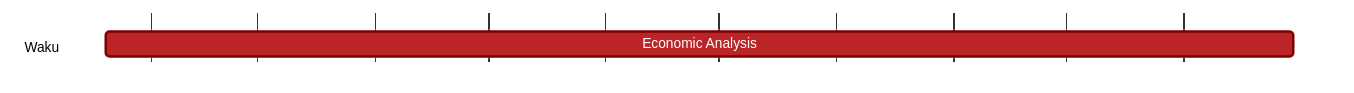
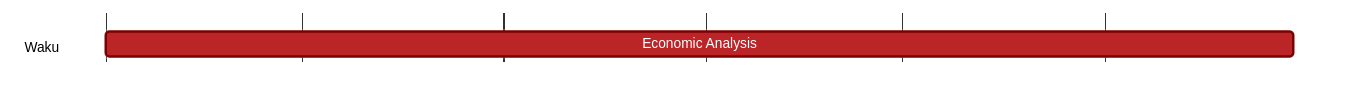
The diagram in content/roadmap/vac/tke/waku/economic-analysis.md (logos-co/roadmap), drawn with Mermaid before and after one commit. The commit also changed other lines of this file and 5 other files, not shown here.

````diff
--- a/content/roadmap/vac/tke/waku/economic-analysis.md
+++ b/content/roadmap/vac/tke/waku/economic-analysis.md
@@ -7,19 +7,19 @@
 ```mermaid
 %%{ 
   init: { 
     'theme': 'base', 
     'themeVariables': { 
       'primaryColor': '#BB2528', 
       'primaryTextColor': '#fff', 
       'primaryBorderColor': '#7C0000', 
       'lineColor': '#F8B229', 
       'secondaryColor': '#006100', 
       'tertiaryColor': '#fff' 
     } 
   } 
 }%%
 gantt
 	dateFormat YYYY-MM-DD 
 	section Waku
-		Economic Analysis :, 2023-01-20, 2023-11-30
+		Economic Analysis :, 2023-06-01, 2023-11-30
 ```
````
